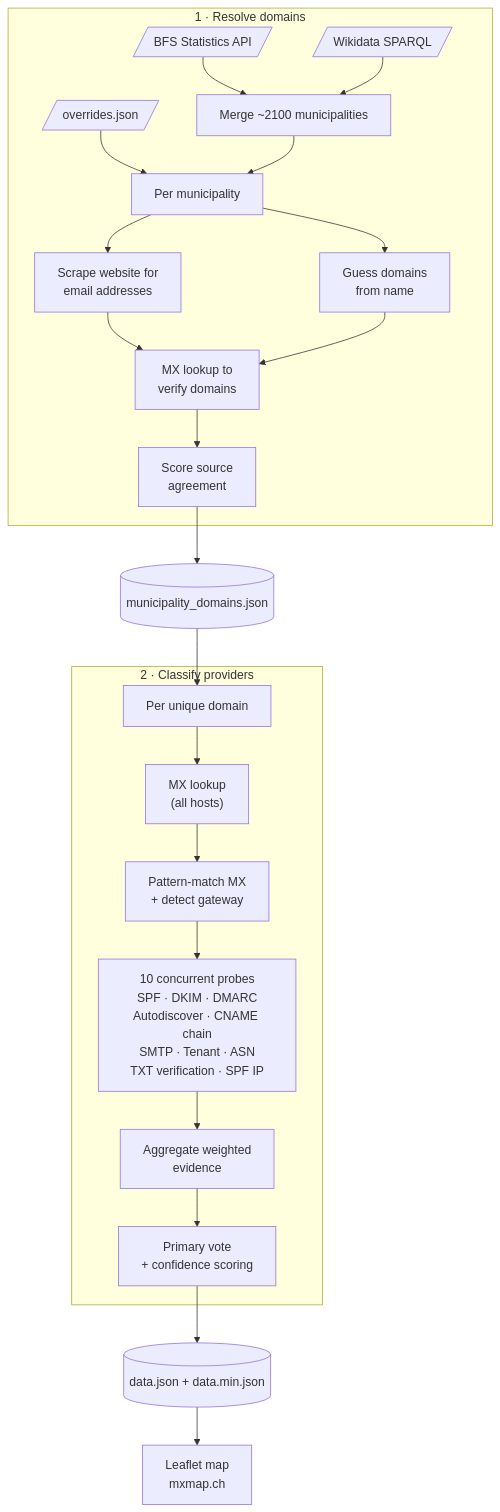
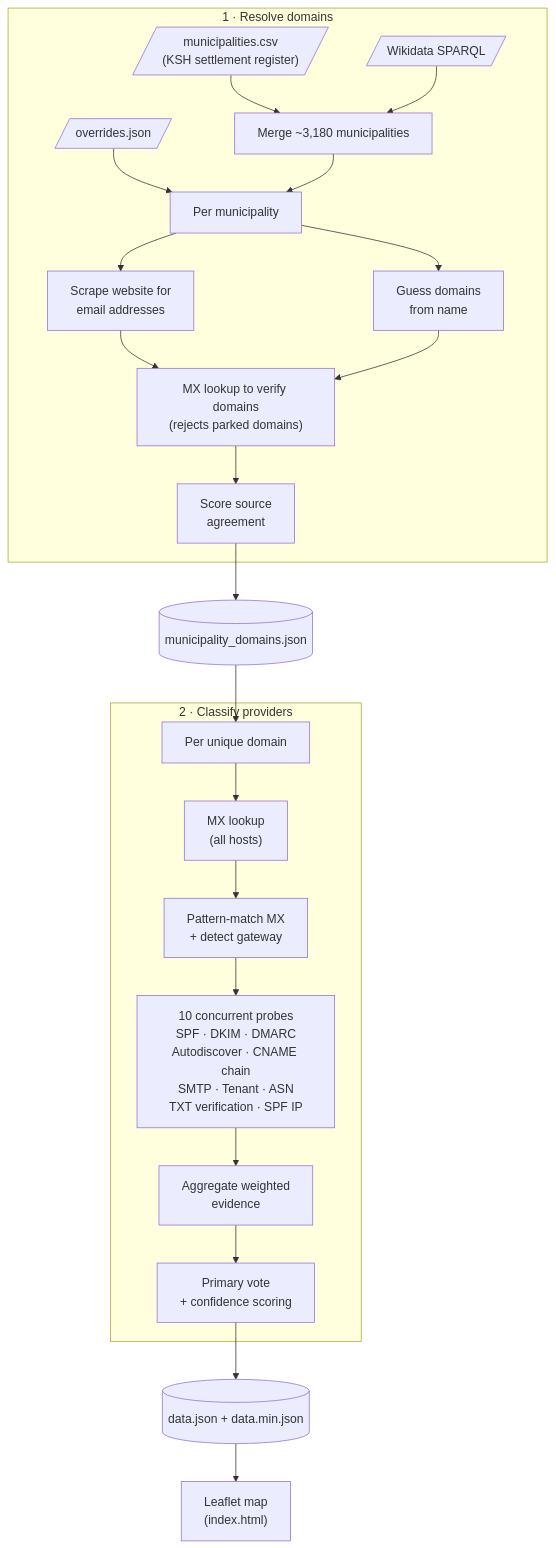
Before and after one commit to complexity-science-hub/mxmap-hu: the diagram in README.md, drawn with Mermaid. The commit also changed other lines of this file and 7 other files, not shown here.

````diff
--- a/README.md
+++ b/README.md
@@ -19,28 +19,28 @@
 ```mermaid
 flowchart TD
     subgraph resolve ["1 · Resolve domains"]
-        bfs[/"BFS Statistics API"/] --> merge["Merge ~2100 municipalities"]
+        ksh[/"municipalities.csv<br/>(KSH settlement register)"/] --> merge["Merge ~3,180 municipalities"]
         wikidata[/"Wikidata SPARQL"/] --> merge
         overrides[/"overrides.json"/] --> per_muni
         merge --> per_muni["Per municipality"]
         per_muni --> scrape["Scrape website for<br/>email addresses"]
         per_muni --> guess["Guess domains<br/>from name"]
-        scrape --> mx_verify["MX lookup to<br/>verify domains"]
+        scrape --> mx_verify["MX lookup to verify domains<br/>(rejects parked domains)"]
         guess --> mx_verify
         mx_verify --> score["Score source<br/>agreement"]
     end
 
     score --> domains[("municipality_domains.json")]
     domains --> classify_in
 
     subgraph classify ["2 · Classify providers"]
         classify_in["Per unique domain"] --> mx_lookup["MX lookup<br/>(all hosts)"]
         mx_lookup --> mx_match["Pattern-match MX<br/>+ detect gateway"]
         mx_match --> concurrent["10 concurrent probes<br/>SPF · DKIM · DMARC<br/>Autodiscover · CNAME chain<br/>SMTP · Tenant · ASN<br/>TXT verification · SPF IP"]
         concurrent --> aggregate["Aggregate weighted<br/>evidence"]
         aggregate --> vote["Primary vote<br/>+ confidence scoring"]
     end
 
     vote --> data[("data.json + data.min.json")]
-    data --> frontend["Leaflet map<br/>mxmap.ch"]
+    data --> frontend["Leaflet map<br/>(index.html)"]
 ```
````
